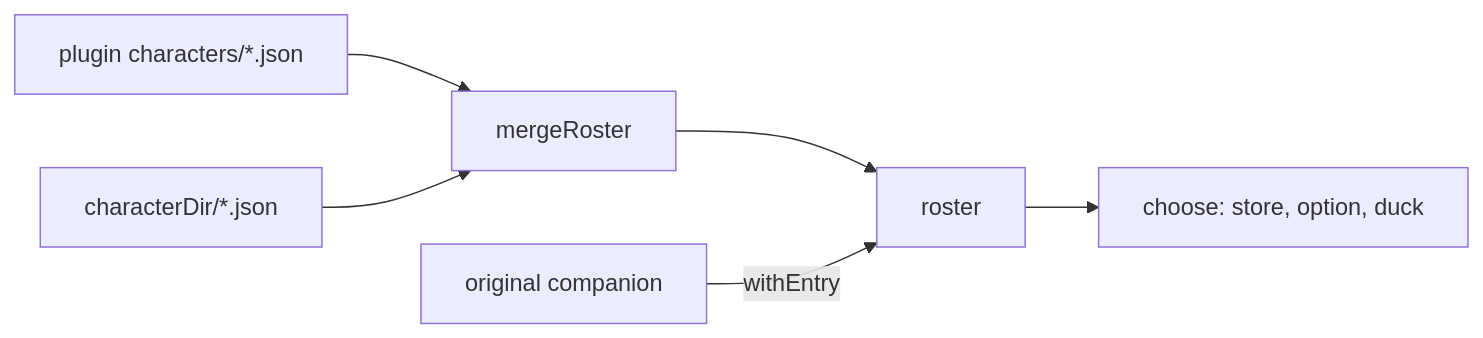
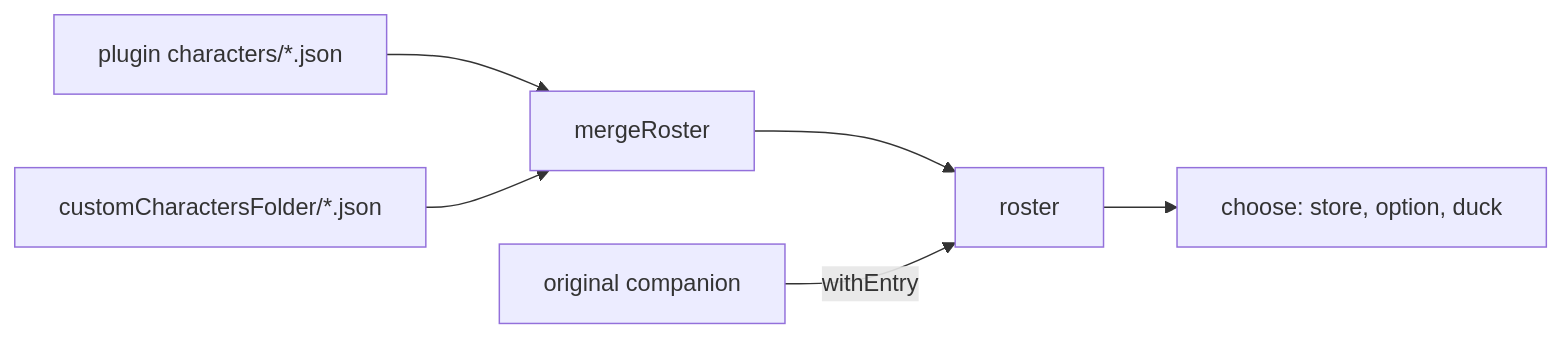
One commit to rezzminator/buddy changed the diagram in docs/design/characters.md. Above: the diagram before and after it, drawn with Mermaid. The commit also changed other lines of this file and 32 other files, not shown here.

````diff
--- a/docs/design/characters.md
+++ b/docs/design/characters.md
@@ -45,8 +45,8 @@
 ```mermaid
 flowchart LR
   S["plugin characters/*.json"] --> M["mergeRoster"]
-  U["characterDir/*.json"] --> M
+  U["customCharactersFolder/*.json"] --> M
   M --> R["roster"]
   O["original companion"] -->|withEntry| R
   R --> C["choose: store, option, duck"]
 ```
````
